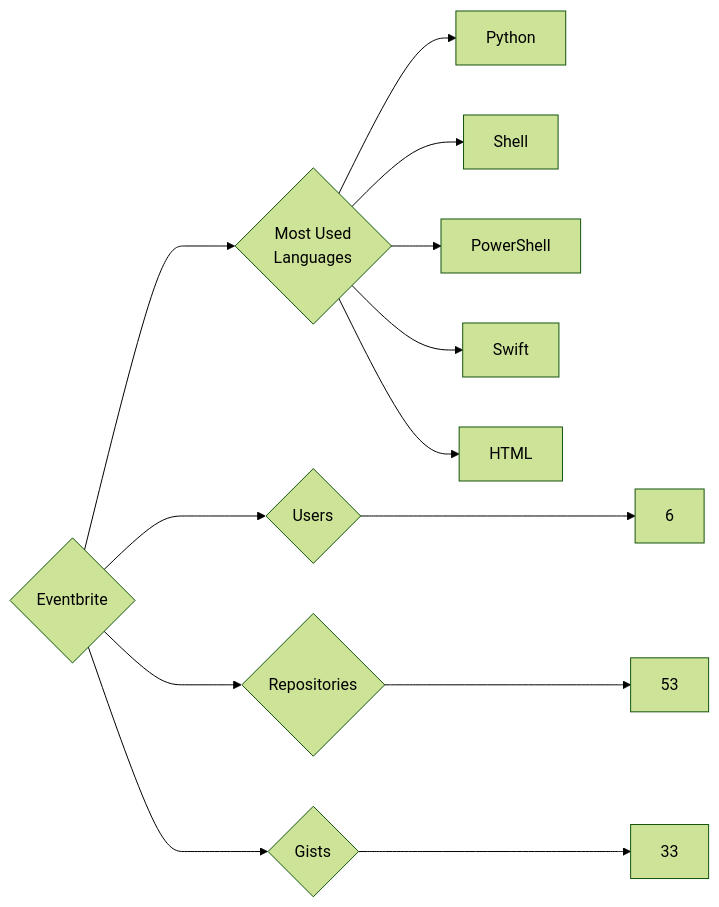
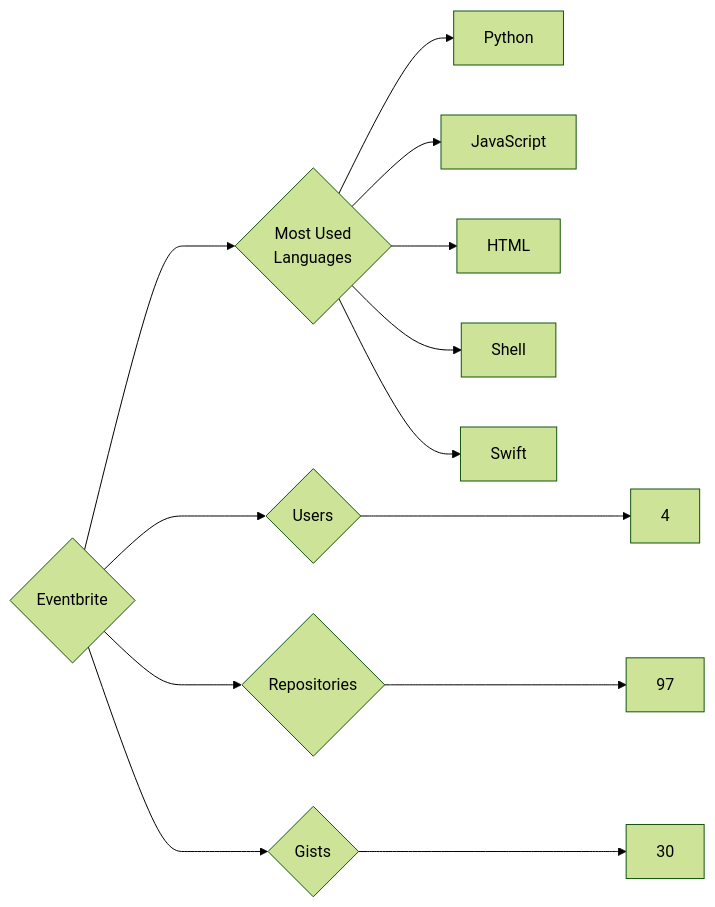
One commit to trickest/insiders changed the diagram in targets/Eventbrite/README.md. Above: the diagram before and after it, drawn with Mermaid (forest theme). The commit also changed 1078 other files, not shown here.

````diff
--- a/targets/Eventbrite/README.md
+++ b/targets/Eventbrite/README.md
@@ -3,13 +3,13 @@
 ```mermaid
 graph LR
 COMPANY_NAME{Eventbrite}
-COMPANY_NAME ---> U{Users} ---> UN[6]
-COMPANY_NAME ---> R{Repositories} ---> RN[53]
-COMPANY_NAME ---> G{Gists} ---> GN[33]
+COMPANY_NAME ---> U{Users} ---> UN[4]
+COMPANY_NAME ---> R{Repositories} ---> RN[97]
+COMPANY_NAME ---> G{Gists} ---> GN[30]
 COMPANY_NAME ---> ML{Most Used<br>Languages}
 ML --> Python[Python]
+ML --> JavaScript[JavaScript]
+ML --> HTML[HTML]
 ML --> Shell[Shell]
-ML --> PowerShell[PowerShell]
 ML --> Swift[Swift]
-ML --> HTML[HTML]
 ```
````
